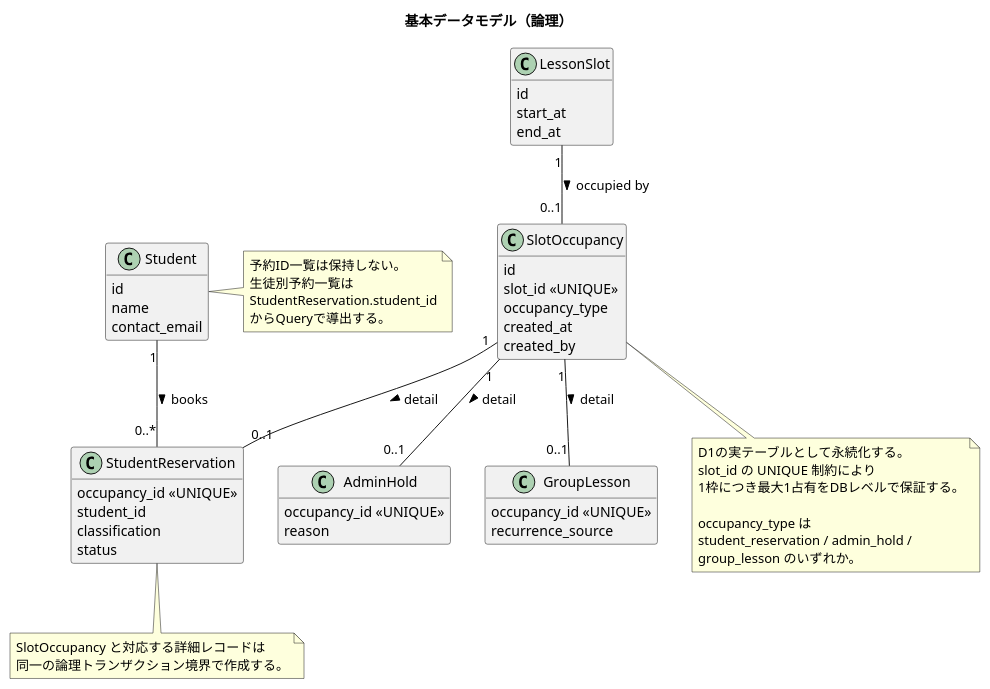
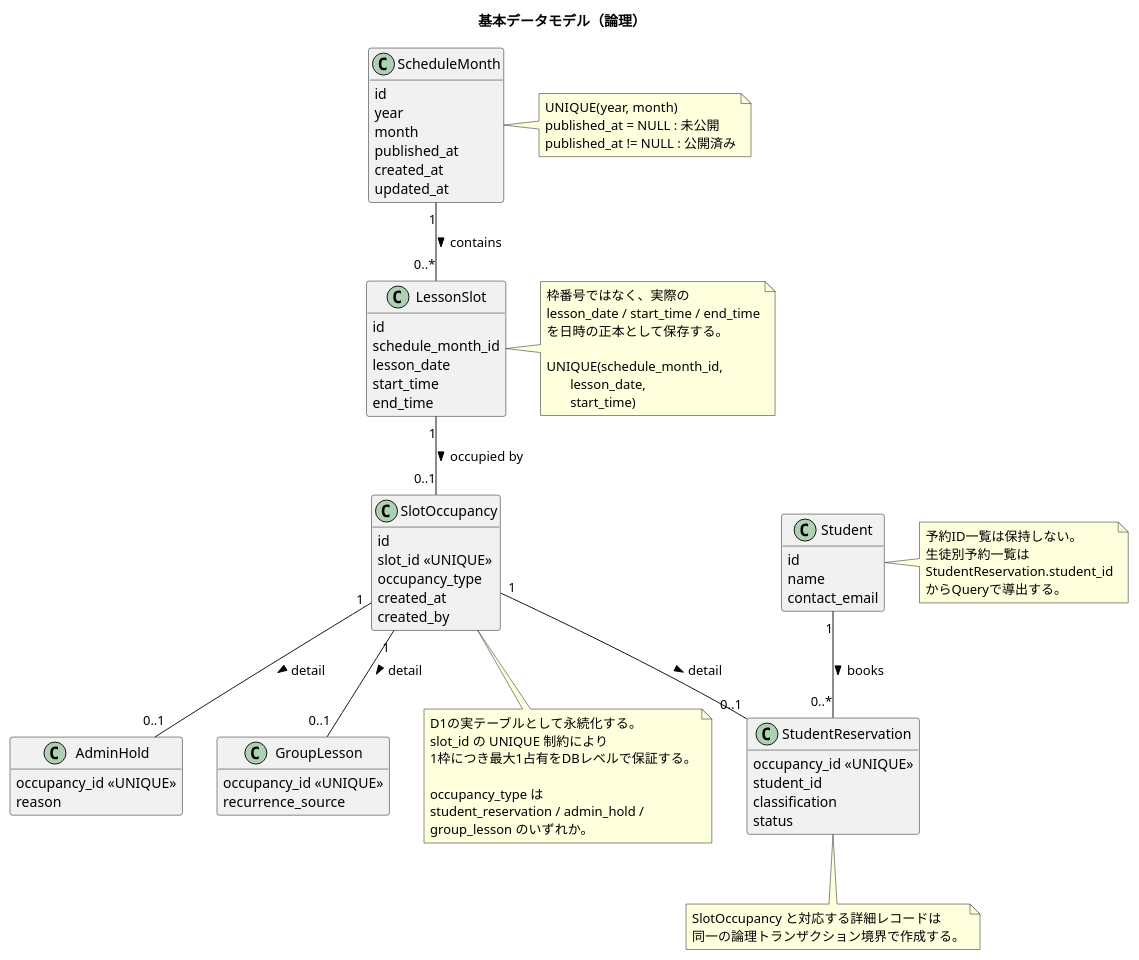
Before and after one commit to suzukure/nssscdl: the diagram in docs/diagrams/plantuml/data-model-overview.puml, drawn with PlantUML.

Commit message:
Add monthly schedule and explicit slot times

```diff
--- a/docs/diagrams/plantuml/data-model-overview.puml
+++ b/docs/diagrams/plantuml/data-model-overview.puml
@@ -1,73 +1,101 @@
 @startuml
 hide methods
 hide stereotypes
 skinparam classAttributeIconSize 0
 
 title 基本データモデル（論理）
 
 class Student {
   id
   name
   contact_email
 }
 
+class ScheduleMonth {
+  id
+  year
+  month
+  published_at
+  created_at
+  updated_at
+}
+
 class LessonSlot {
   id
-  start_at
-  end_at
+  schedule_month_id
+  lesson_date
+  start_time
+  end_time
 }
 
 class SlotOccupancy {
   id
   slot_id <<UNIQUE>>
   occupancy_type
   created_at
   created_by
 }
 
 class StudentReservation {
   occupancy_id <<UNIQUE>>
   student_id
   classification
   status
 }
 
 class AdminHold {
   occupancy_id <<UNIQUE>>
   reason
 }
 
 class GroupLesson {
   occupancy_id <<UNIQUE>>
   recurrence_source
 }
 
+ScheduleMonth "1" -- "0..*" LessonSlot : contains >
 Student "1" -- "0..*" StudentReservation : books >
 LessonSlot "1" -- "0..1" SlotOccupancy : occupied by >
 SlotOccupancy "1" -- "0..1" StudentReservation : detail >
 SlotOccupancy "1" -- "0..1" AdminHold : detail >
 SlotOccupancy "1" -- "0..1" GroupLesson : detail >
+
+note right of ScheduleMonth
+  UNIQUE(year, month)
+  published_at = NULL : 未公開
+  published_at != NULL : 公開済み
+end note
+
+note right of LessonSlot
+  枠番号ではなく、実際の
+  lesson_date / start_time / end_time
+  を日時の正本として保存する。
+
+  UNIQUE(schedule_month_id,
+         lesson_date,
+         start_time)
+end note
 
 note right of Student
   予約ID一覧は保持しない。
   生徒別予約一覧は
   StudentReservation.student_id
   からQueryで導出する。
 end note
 
 note bottom of SlotOccupancy
   D1の実テーブルとして永続化する。
   slot_id の UNIQUE 制約により
   1枠につき最大1占有をDBレベルで保証する。
 
   occupancy_type は
   student_reservation / admin_hold /
   group_lesson のいずれか。
 end note
 
 note bottom of StudentReservation
   SlotOccupancy と対応する詳細レコードは
   同一の論理トランザクション境界で作成する。
 end note
 
 @enduml
```
